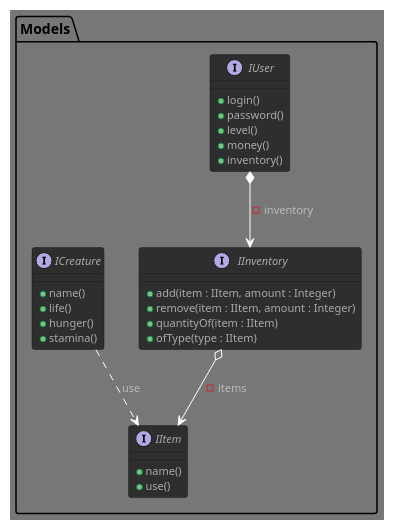
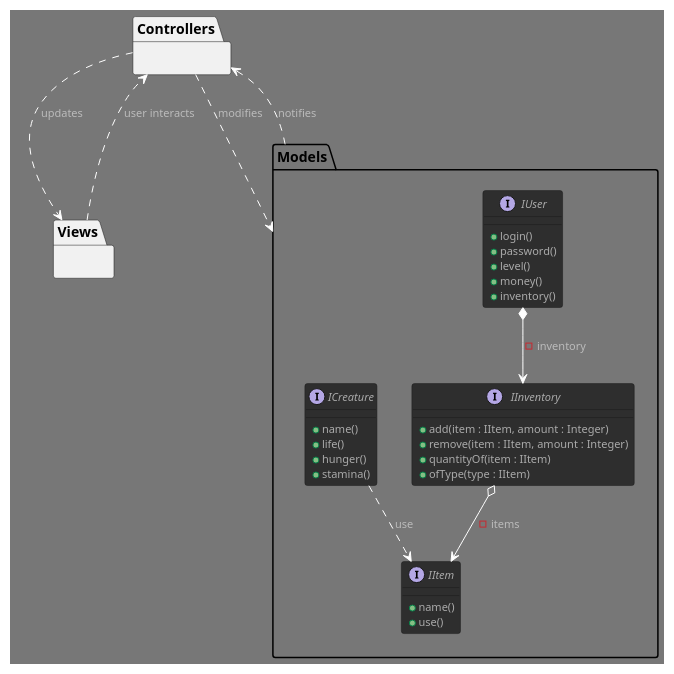
The diagram in VirtualNoe.puml (GlazKrovi/VirtualNoe), drawn with PlantUML before and after one commit.

```diff
--- a/VirtualNoe.puml
+++ b/VirtualNoe.puml
@@ -1,45 +1,54 @@
 @startuml VirtualNoe
 
 !theme reddress-darkgreen
 
 package Models
 {
     interface IUser
     {
         + login()
         + password()
         + level()
         + money()
         + inventory()
     }
 
     interface IInventory 
     { 
         + add(item : IItem, amount : Integer)
         + remove(item : IItem, amount : Integer)
         + quantityOf(item : IItem)
         + ofType(type : IItem)
     }
 
     interface IItem
     {
         + name()
         + use()
     }
 
     interface ICreature 
     { 
         + name()
         + life()
         + hunger()
         + stamina()
     }
 }
 
+package Controllers { }
+package Views { }
+
 /' RELATIONS '/
 IUser *--> IInventory : - inventory
 IInventory o--> IItem : - items
 ICreature ..> IItem : use               /' TODO - not sure '/
 
 
+/' MVC '/
+Controllers ..> Models : modifies
+Controllers ..> Views : updates
+Views ..> Controllers : user interacts
+Models ..> Controllers : notifies 
+
 @enduml
```
